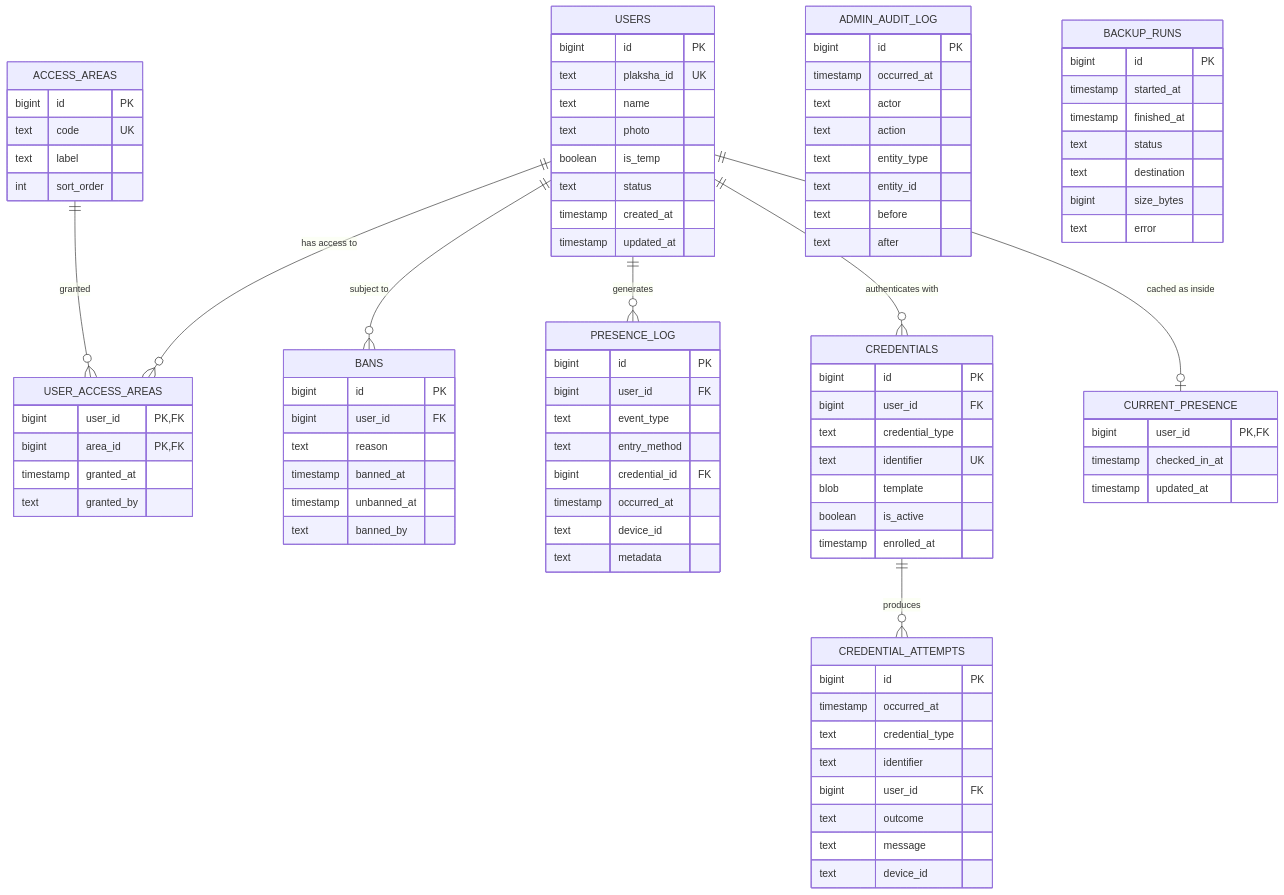
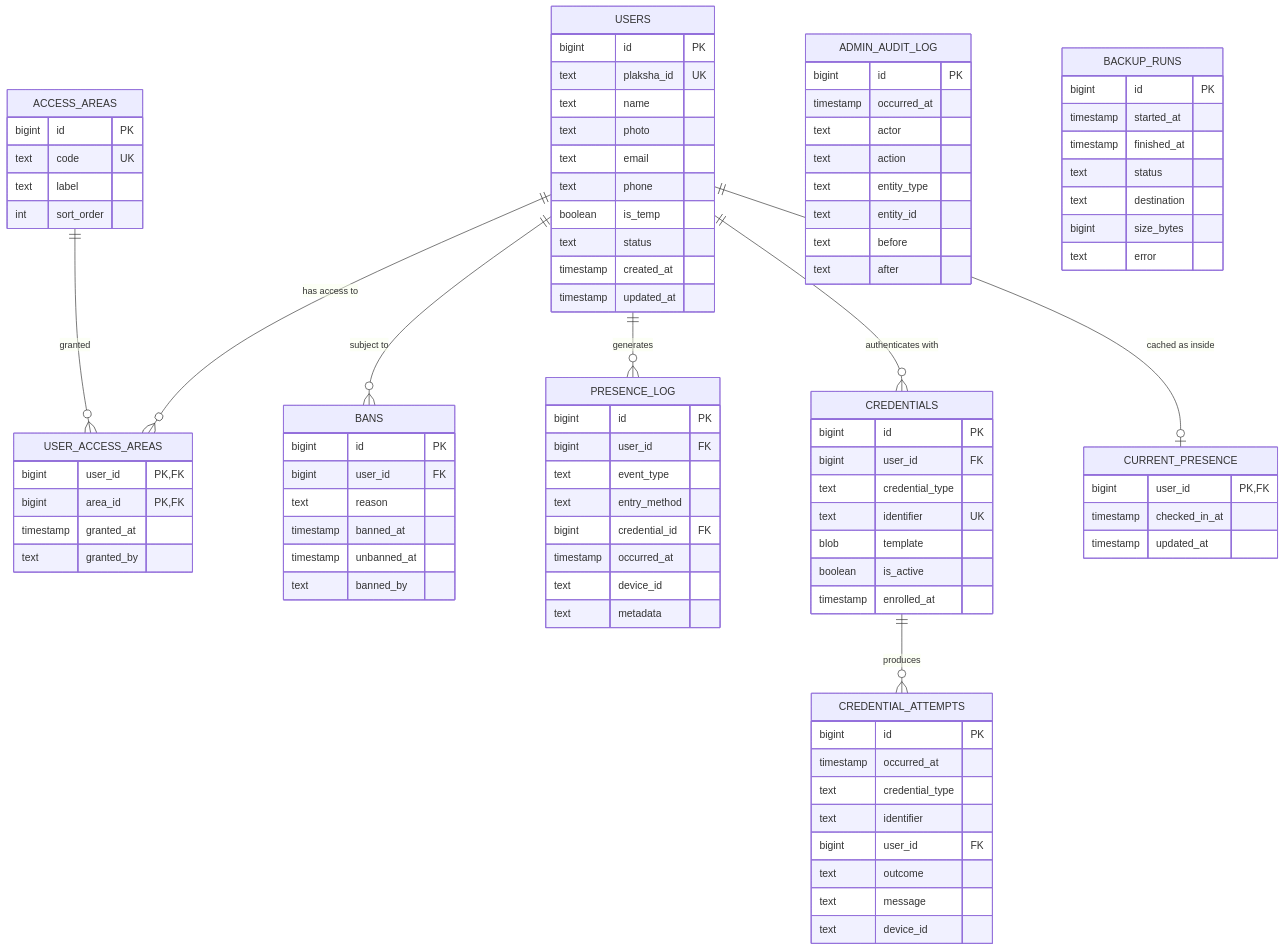
The diagram in docs/DATABASE.md (grohan47/labauth), drawn with Mermaid before and after one commit. The commit also changed other lines of this file and 14 other files, not shown here.

Commit message:
feat(enrolment): implement Swiss Lyne enrolment flow with rectangular NFC reader, bold Helvetica, and reader states

```diff
--- a/docs/DATABASE.md
+++ b/docs/DATABASE.md
@@ -25,6 +25,8 @@
         text plaksha_id UK
         text name
         text photo
+        text email
+        text phone
         boolean is_temp
         text status
         timestamp created_at
```
